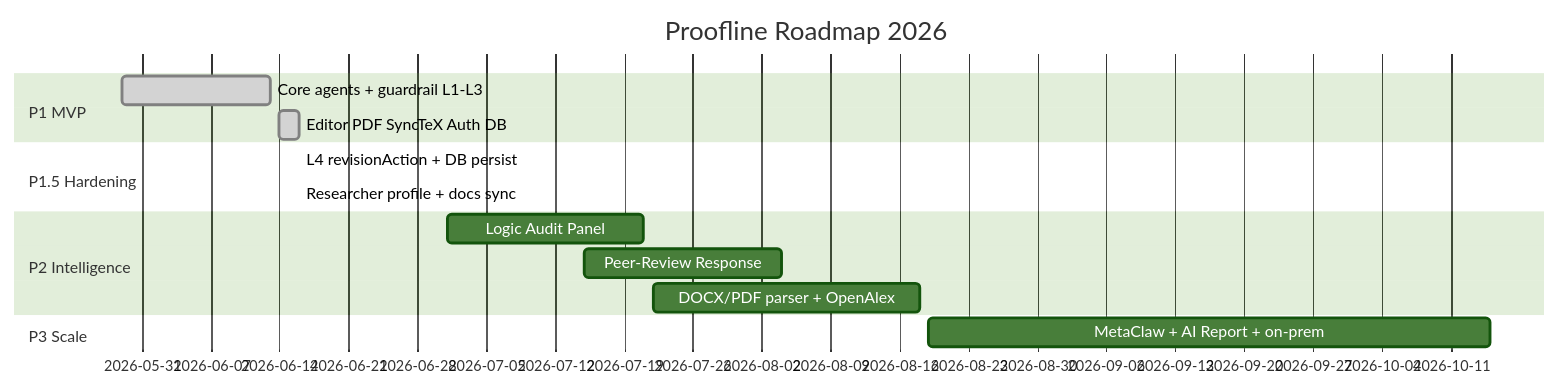
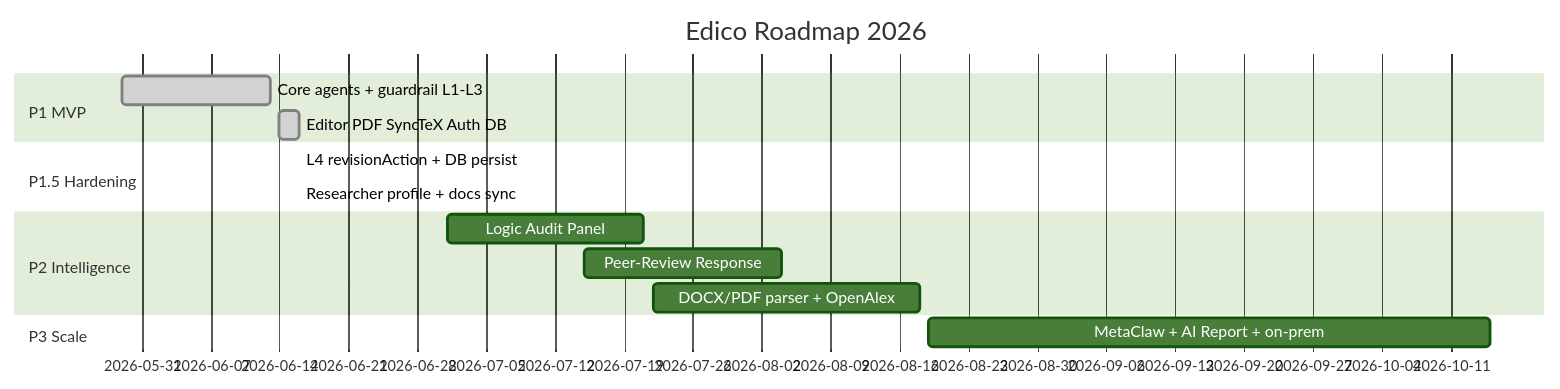
Before and after one commit to Tai-TZ/arionear-ai-paper-editor: the second of 2 diagrams in ROADMAP.md, drawn with Mermaid (forest theme). The commit also changed other lines of this file and 191 other files, not shown here.

````diff
--- a/ROADMAP.md
+++ b/ROADMAP.md
@@ -289,17 +289,17 @@
 ```mermaid
 gantt
-    title Proofline Roadmap 2026
+    title Edico Roadmap 2026
     dateFormat YYYY-MM-DD
     section P1 MVP
     Core agents + guardrail L1-L3     :done, p1, 2026-05-29, 2026-06-13
     Editor PDF SyncTeX Auth DB        :done, p1b, 2026-06-14, 2026-06-16
     section P1.5 Hardening
     L4 revisionAction + DB persist    :done, p15, 2026-06-17, 2026-06-16
     Researcher profile + docs sync    :done, p15b, 2026-06-17, 2026-06-16
     section P2 Intelligence
     Logic Audit Panel                 :p2a, 2026-07-01, 2026-07-21
     Peer-Review Response              :p2b, 2026-07-15, 2026-08-04
     DOCX/PDF parser + OpenAlex        :p2c, 2026-07-22, 2026-08-18
     section P3 Scale
     MetaClaw + AI Report + on-prem    :p3, 2026-08-19, 2026-10-15
 ```
````
